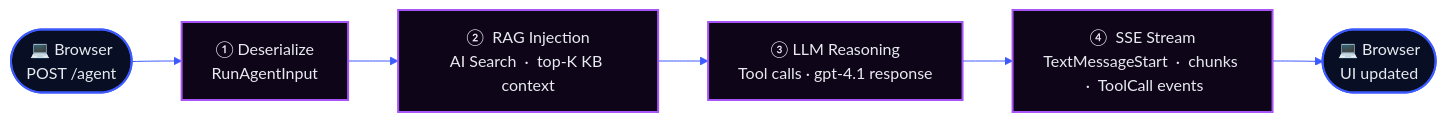
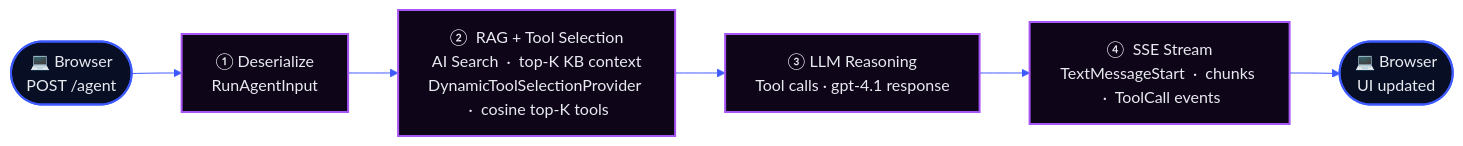
One commit to sreyanchoudhury/HelpdeskAI.CSharp changed the second of 2 diagrams in src/HelpdeskAI.AgentHost/README.md. Above: the diagram before and after it, drawn with Mermaid. The commit also changed other lines of this file and 15 other files, not shown here.

First line of the commit message:
feat: ticket proxy endpoint + dynamic tool injection via embeddings

````diff
--- a/src/HelpdeskAI.AgentHost/README.md
+++ b/src/HelpdeskAI.AgentHost/README.md
@@ -226,15 +240,15 @@
 ```mermaid
 %%{init: {"theme": "base", "themeVariables": {"primaryColor": "#151820", "primaryTextColor": "#e8eaf0", "primaryBorderColor": "#3d5afe", "lineColor": "#3d5afe", "secondaryColor": "#0f1117", "tertiaryColor": "#0a0b0f", "edgeLabelBackground": "#0f1117", "fontFamily": "system-ui, -apple-system, sans-serif"}}}%%
 flowchart LR
     classDef endpoint fill:#080f24,stroke:#3d5afe,color:#e8eaf0,stroke-width:2px
     classDef step     fill:#0e0518,stroke:#a855f7,color:#e8eaf0,stroke-width:2px
 
     S1(["💻  Browser<br/>POST /agent"]):::endpoint
     S2["①  Deserialize<br/>RunAgentInput"]:::step
-    S3["②  RAG Injection<br/>AI Search  ·  top-K KB context"]:::step
+    S3["②  RAG + Tool Selection<br/>AI Search  ·  top-K KB context<br/>DynamicToolSelectionProvider  ·  cosine top-K tools"]:::step
     S4["③  LLM Reasoning<br/>Tool calls  ·  gpt-4.1 response"]:::step
     S5["④  SSE Stream<br/>TextMessageStart  ·  chunks  ·  ToolCall events"]:::step
     S6(["💻  Browser<br/>UI updated"]):::endpoint
 
     S1 --> S2 --> S3 --> S4 --> S5 --> S6
 ```
````
